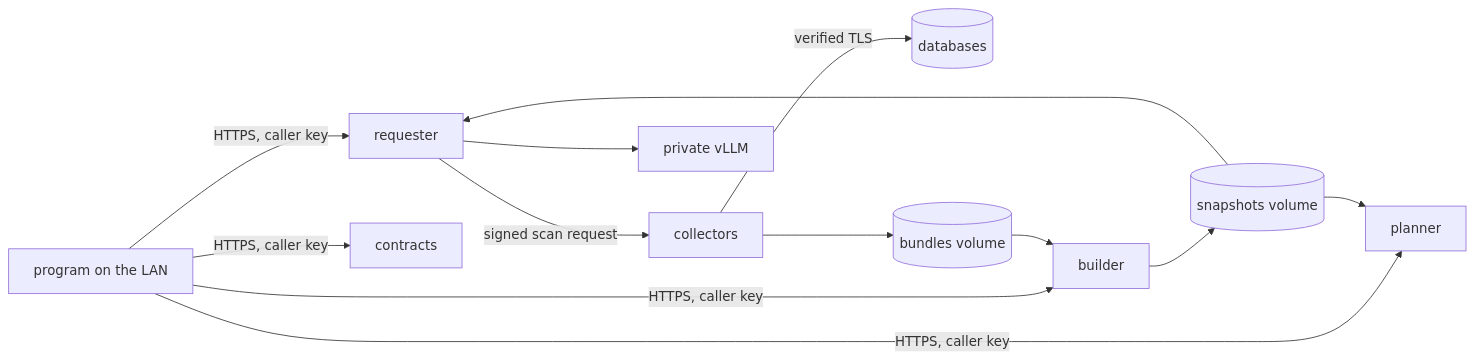
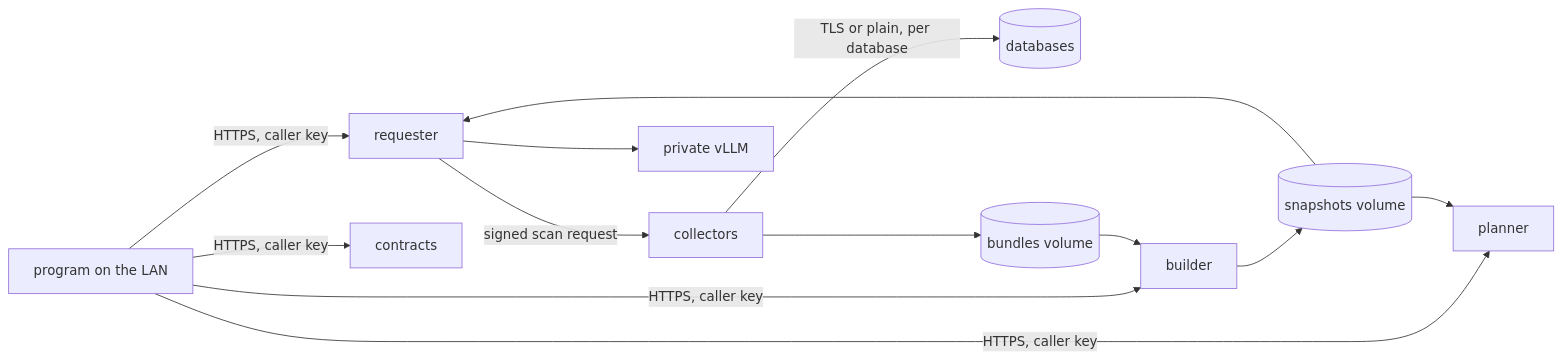
Before and after one commit to bayern4teams/db-catalogue: the second of 5 diagrams in ARCHITECTURE.md, drawn with Mermaid. The commit also changed other lines of this file and 30 other files, not shown here.

First line of the commit message:
One collector for any number of databases; plain database links on the LAN; review fixes

````diff
--- a/ARCHITECTURE.md
+++ b/ARCHITECTURE.md
@@ -36,15 +36,15 @@
 ```mermaid
 flowchart LR
   caller[program on the LAN] -->|HTTPS, caller key| requester
   caller -->|HTTPS, caller key| planner
   caller -->|HTTPS, caller key| builder
   caller -->|HTTPS, caller key| contracts
   requester -->|signed scan request| collectors
   requester --> vllm[private vLLM]
-  collectors -->|verified TLS| dbs[(databases)]
+  collectors -->|TLS or plain, per database| dbs[(databases)]
   collectors --> bundles[(bundles volume)]
   bundles --> builder
   builder --> snapshots[(snapshots volume)]
   snapshots --> requester
   snapshots --> planner
 ```
````
